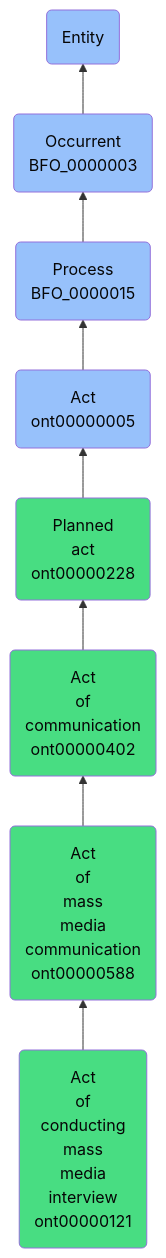
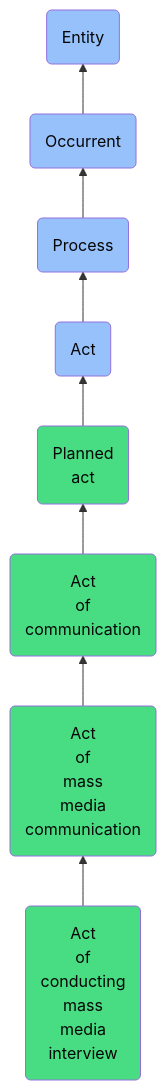
Before and after one commit to jupyter-naas/abi: the diagram in docs/ontology/reference/model/Entity/Occurrent/Process/Act/Planned act/Act of communication/Act of mass media communication/Act of conducting mass media interview/Act of conducting mass media interview.md, drawn with Mermaid. The commit also changed other lines of this file and 1430 other files, not shown here.

````diff
--- a/docs/ontology/reference/model/Entity/Occurrent/Process/Act/Planned act/Act of communication/Act of mass media communication/Act of conducting mass media interview/Act of conducting mass media interview.md
+++ b/docs/ontology/reference/model/Entity/Occurrent/Process/Act/Planned act/Act of communication/Act of mass media communication/Act of conducting mass media interview/Act of conducting mass media interview.md
@@ -24,15 +24,15 @@
 ```mermaid
 graph BT
-    ont00000121(Act<br>of<br>conducting<br>mass<br>media<br>interview<br>ont00000121):::ABI-->ont00000588
-    ont00000588(Act<br>of<br>mass<br>media<br>communication<br>ont00000588):::ABI-->ont00000402
-    ont00000402(Act<br>of<br>communication<br>ont00000402):::ABI-->ont00000228
-    ont00000228(Planned<br>act<br>ont00000228):::ABI-->ont00000005
-    ont00000005(Act<br>ont00000005):::BFO-->BFO_0000015
-    BFO_0000015(Process<br>BFO_0000015):::BFO-->BFO_0000003
-    BFO_0000003(Occurrent<br>BFO_0000003):::BFO-->BFO_0000001
+    ont00000121(Act<br>of<br>conducting<br>mass<br>media<br>interview):::ABI-->ont00000588
+    ont00000588(Act<br>of<br>mass<br>media<br>communication):::ABI-->ont00000402
+    ont00000402(Act<br>of<br>communication):::ABI-->ont00000228
+    ont00000228(Planned<br>act):::ABI-->ont00000005
+    ont00000005(Act):::BFO-->BFO_0000015
+    BFO_0000015(Process):::BFO-->BFO_0000003
+    BFO_0000003(Occurrent):::BFO-->BFO_0000001
     BFO_0000001(Entity):::BFO
     
     classDef BFO fill:#97c1fb,color:#060606
     classDef CCO fill:#e4c51e,color:#060606
     classDef ABI fill:#48DD82,color:#060606
 ```
````
